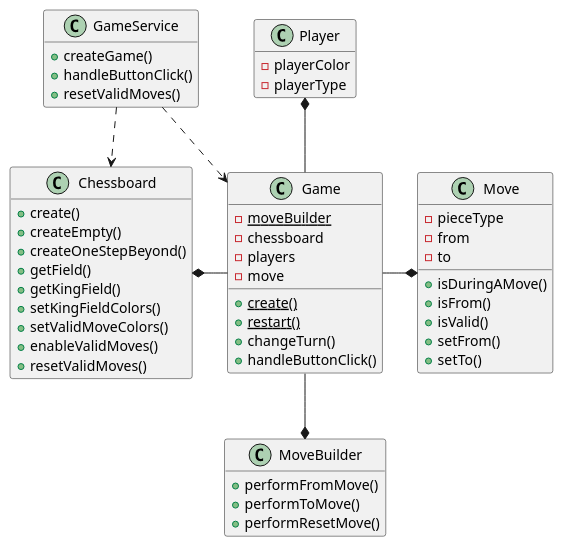
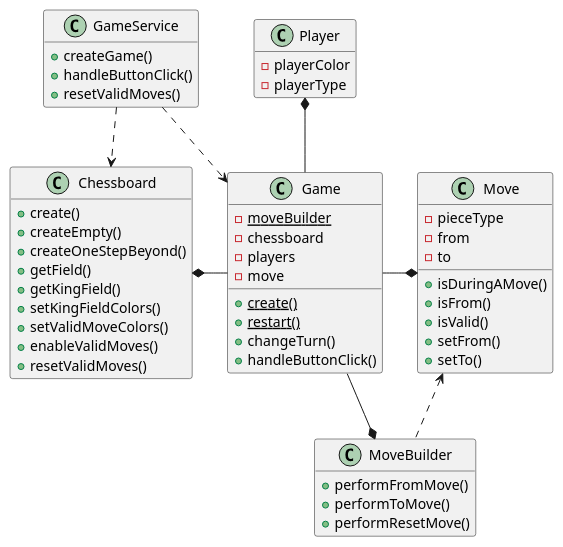
One commit to tiktaalick/chess-with-database changed the diagram in game/src/main/resources/uml/game.puml. Above: the diagram before and after it, drawn with PlantUML. The commit also changed 2 other files, not shown here.

Commit message:
Updated the Move class diagram.

```diff
--- a/game/src/main/resources/uml/game.puml
+++ b/game/src/main/resources/uml/game.puml
@@ -1,72 +1,73 @@
 @startuml
 
 '--------------'
 'Hidden members'
 '--------------'
 hide empty members
 
 '----'
 'Game'
 '----'
 class GameService {
     + createGame()
     + handleButtonClick()
     + resetValidMoves()
 }
 
 class Game {
     - {static} moveBuilder
     - chessboard
     - players
     - move
     + {static} create()
     + {static} restart()
     + changeTurn()
     + handleButtonClick()
 }
 
 class Chessboard {
     + create()
     + createEmpty()
     + createOneStepBeyond()
     + getField()
     + getKingField()
     + setKingFieldColors()
     + setValidMoveColors()
     + enableValidMoves()
     + resetValidMoves()
 }
 
 class Move {
     - pieceType
     - from
     - to
     + isDuringAMove()
     + isFrom()
     + isValid()
     + setFrom()
     + setTo()
 }
 
 class MoveBuilder {
     + performFromMove()
     + performToMove()
     + performResetMove()
 }
 
 class Player {
     - playerColor
     - playerType
 }
 
 '---------'
 'Relations'
 '---------'
 GameService ..> Game
 GameService ..> Chessboard
 Game -left-* Chessboard
 Game -down-* MoveBuilder
+MoveBuilder .up.> Move
 Game -right-* Move
 Game -up-* Player
 
 @enduml
```
